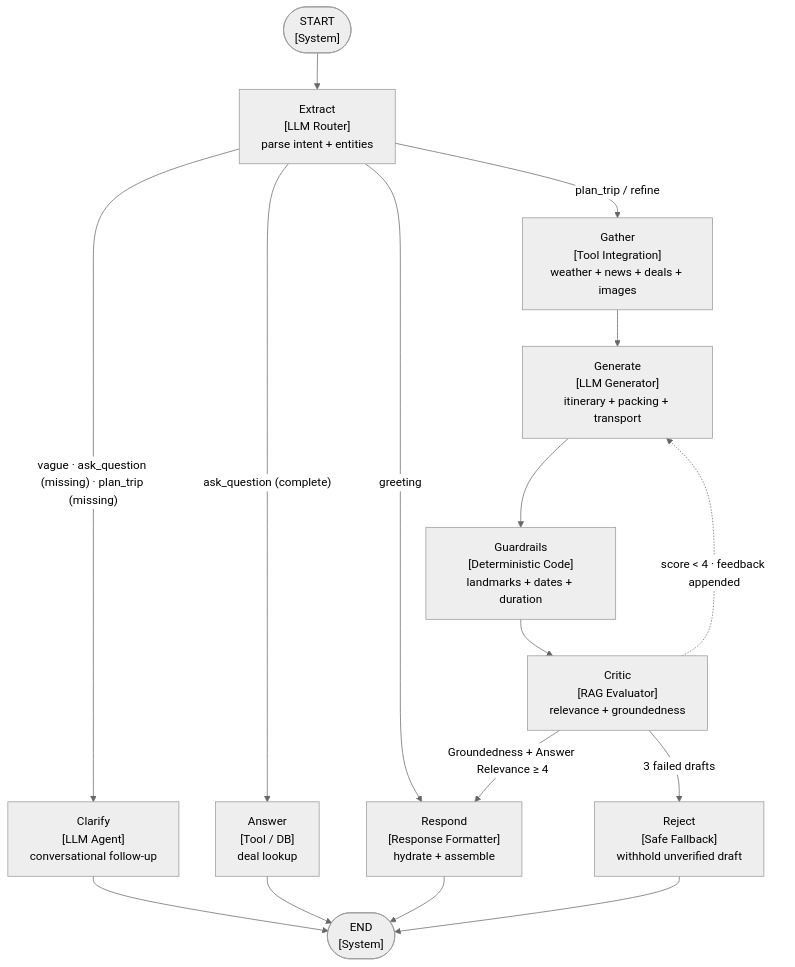
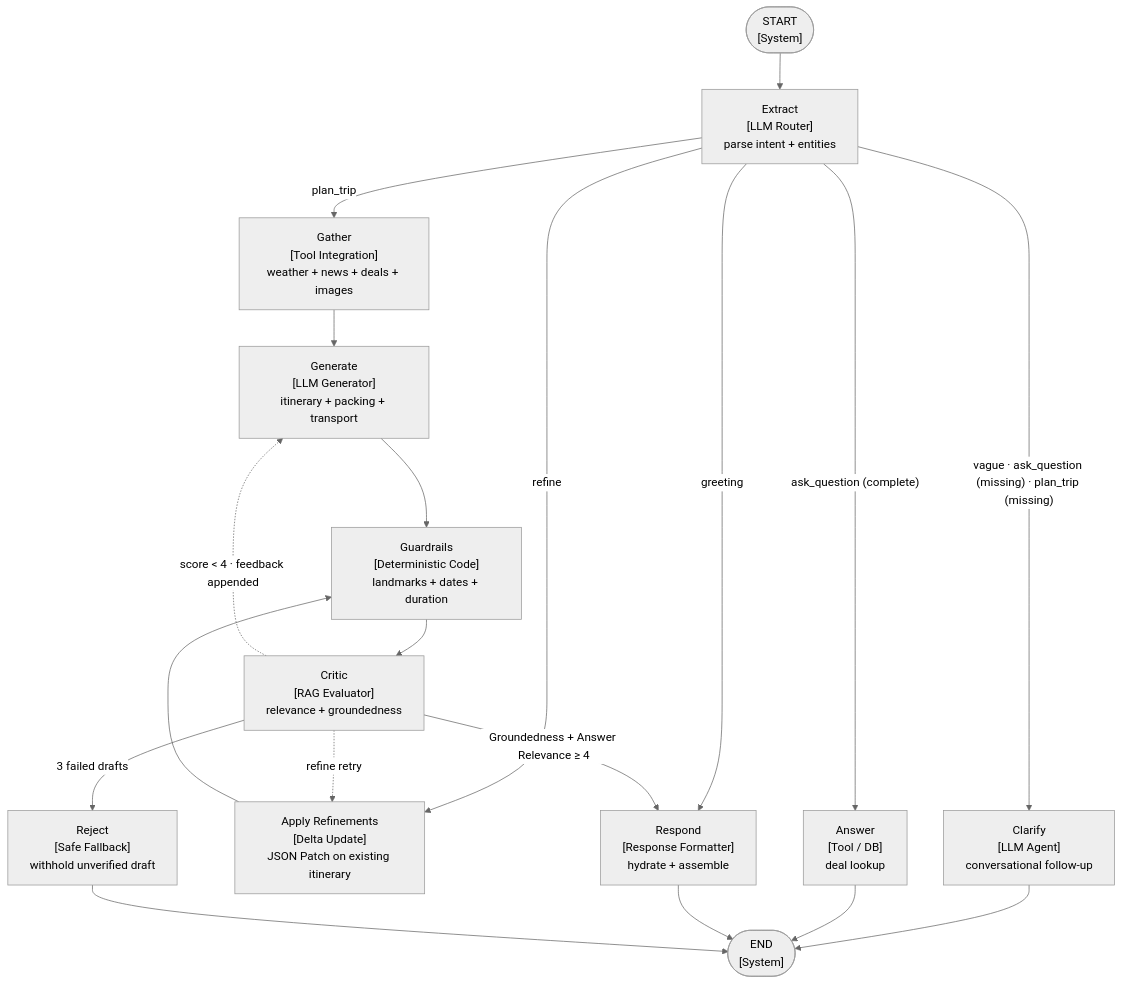
One commit to hadileonard08/jalan changed the diagram in README.md. Above: the diagram before and after it, drawn with Mermaid (neutral theme). The commit also changed other lines of this file, not shown here.

````diff
--- a/README.md
+++ b/README.md
@@ -58,42 +62,46 @@
 ```mermaid
 flowchart TD
     START(["START<br/>[System]"])
     END(["END<br/>[System]"])
 
     extract["Extract<br/>[LLM Router]<br/>parse intent + entities"]
     clarify["Clarify<br/>[LLM Agent]<br/>conversational follow-up"]
     gather["Gather<br/>[Tool Integration]<br/>weather + news + deals + images"]
     generate["Generate<br/>[LLM Generator]<br/>itinerary + packing + transport"]
+    applyRefinements["Apply Refinements<br/>[Delta Update]<br/>JSON Patch on existing itinerary"]
     guardrails["Guardrails<br/>[Deterministic Code]<br/>landmarks + dates + duration"]
     critic["Critic<br/>[RAG Evaluator]<br/>relevance + groundedness"]
     answer["Answer<br/>[Tool / DB]<br/>deal lookup"]
     respond["Respond<br/>[Response Formatter]<br/>hydrate + assemble"]
     reject["Reject<br/>[Safe Fallback]<br/>withhold unverified draft"]
 
     %% Entry
     START --> extract
 
     %% Extract routing — consolidated labels to avoid overlap
     extract -->|"greeting"| respond
     extract -->|"vague · ask_question (missing) · plan_trip (missing)"| clarify
     extract -->|"ask_question (complete)"| answer
-    extract -->|"plan_trip / refine"| gather
+    extract -->|"plan_trip"| gather
+    extract -->|"refine"| applyRefinements
 
     %% Clarifications and direct answers are already final responses
     clarify --> END
     answer --> END
 
     %% Main pipeline
     gather --> generate
     generate --> guardrails
+    applyRefinements --> guardrails
     guardrails --> critic
 
     %% Retrieval runs once; only generation repeats during self-correction
     critic -->|"Groundedness + Answer Relevance ≥ 4"| respond
     critic -.->|"score < 4 · feedback appended"| generate
+    critic -.->|"refine retry"| applyRefinements
     critic -->|"3 failed drafts"| reject
 
     %% Terminal
     respond --> END
     reject --> END
 ```
````
